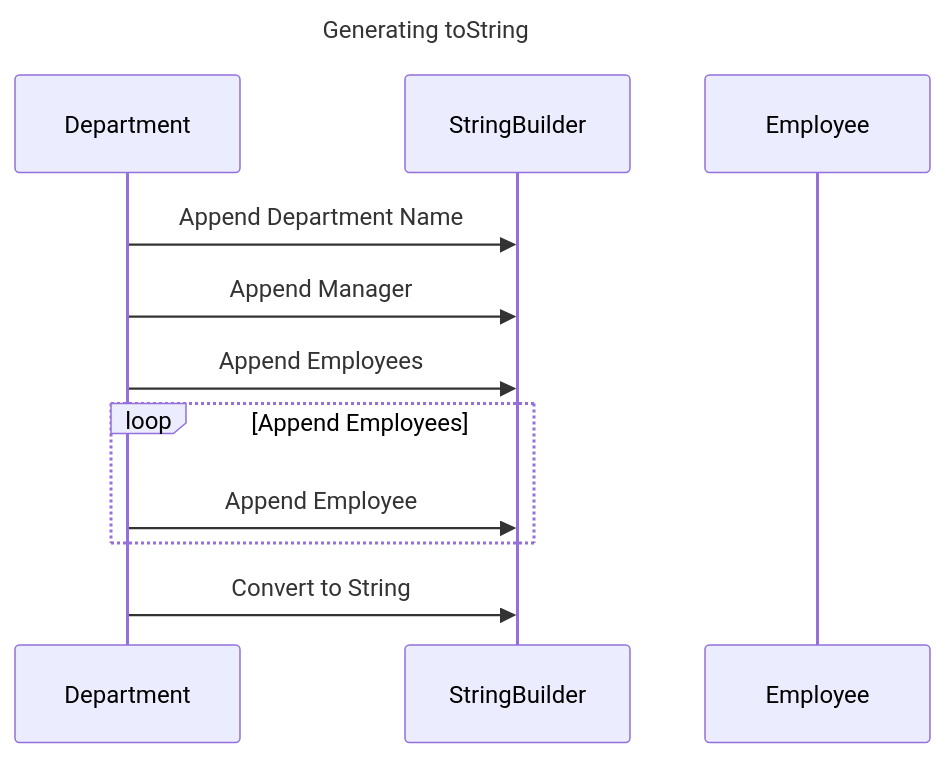
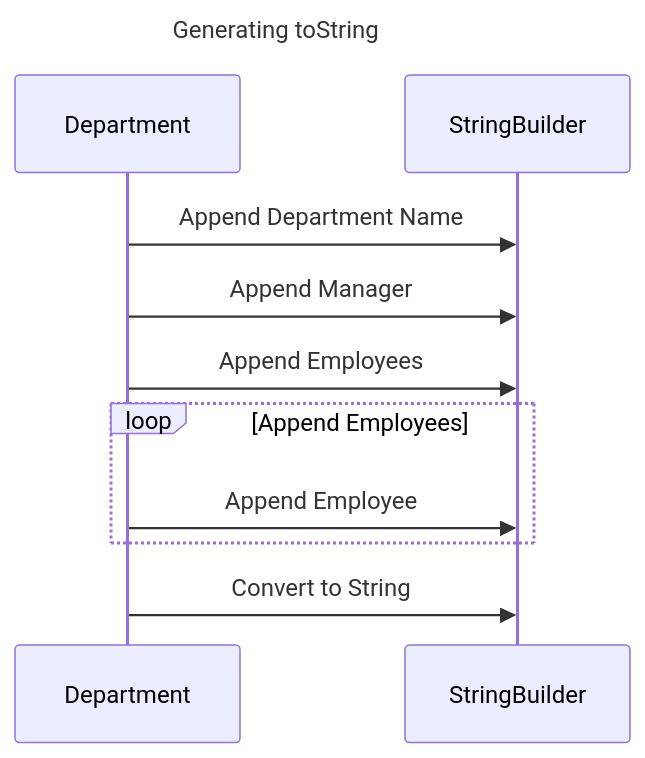
The tenth of 10 diagrams in src/main/templates/methods/example.md (RichardHightower/docgen), drawn with Mermaid before and after one commit. The commit also changed other lines of this file and 369 other files, not shown here.

````diff
--- a/src/main/templates/methods/example.md
+++ b/src/main/templates/methods/example.md
@@ -696,19 +494,18 @@
 ```mermaid
 ---
 title: Generating toString
 ---
 sequenceDiagram
 
 
     participant Department
     participant StringBuilder
-    participant Employee
-
+    
     Department->>StringBuilder: Append Department Name
     Department->>StringBuilder: Append Manager
     Department->>StringBuilder: Append Employees
     loop Append Employees
         Department->>StringBuilder: Append Employee
     end
     Department->>StringBuilder: Convert to String
 ```
````
